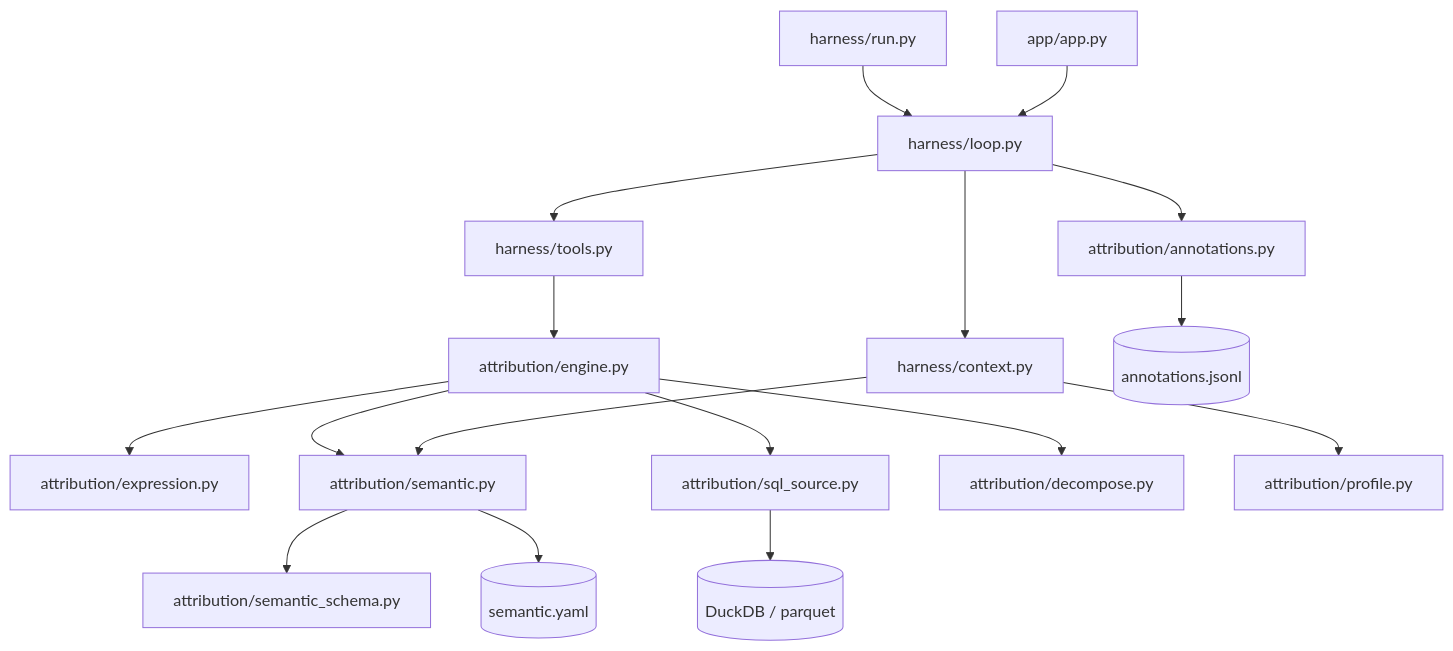
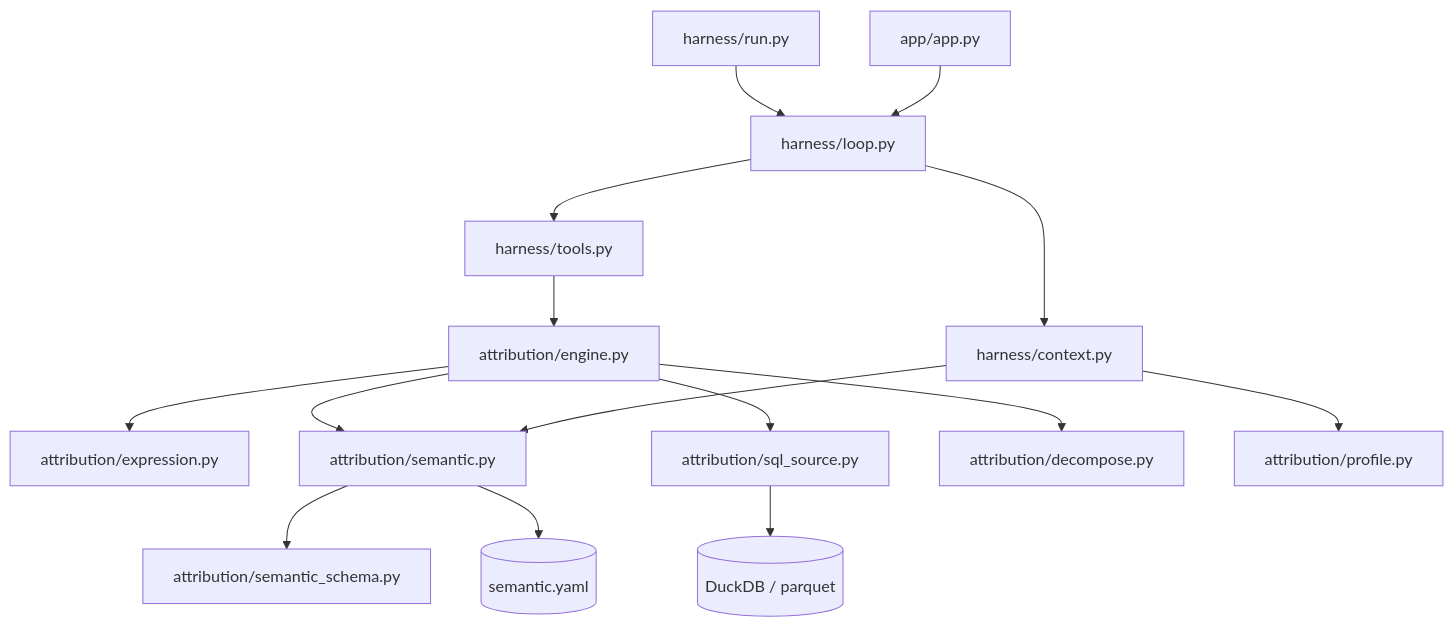
The first of 2 diagrams in docs/REUSE_DESIGN.md (HedgeLinn/bi-attribution-agent), drawn with Mermaid before and after one commit. The commit also changed other lines of this file and 12 other files, not shown here.

````diff
--- a/docs/REUSE_DESIGN.md
+++ b/docs/REUSE_DESIGN.md
@@ -180,19 +178,17 @@
 ```mermaid
 graph TD
   CLI[harness/run.py] --> LOOP[harness/loop.py]
   APP[app/app.py] --> LOOP
   LOOP --> TOOLS[harness/tools.py]
   LOOP --> CTX[harness/context.py]
   TOOLS --> ENGINE[attribution/engine.py]
   ENGINE --> EXPR[attribution/expression.py]
   ENGINE --> SEM[attribution/semantic.py]
   ENGINE --> SRC[attribution/sql_source.py]
   ENGINE --> DECOMP[attribution/decompose.py]
   SEM --> SCHEMA[attribution/semantic_schema.py]
   SRC --> DUCK[(DuckDB / parquet)]
   CTX --> SEM
   CTX --> PROF[attribution/profile.py]
   SEM --> YAML[(semantic.yaml)]
-  LOOP --> ANN[attribution/annotations.py]
-  ANN --> JSONL[(annotations.jsonl)]
 ```
````
